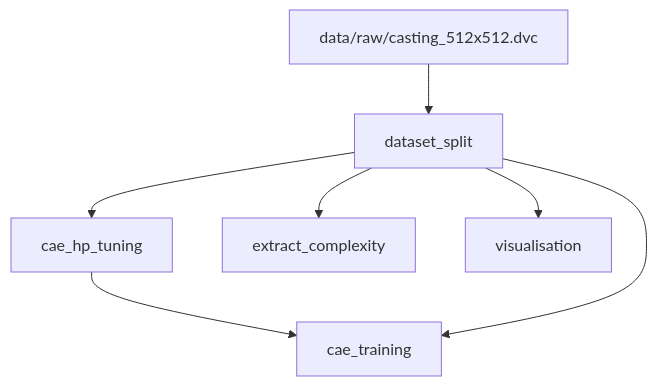
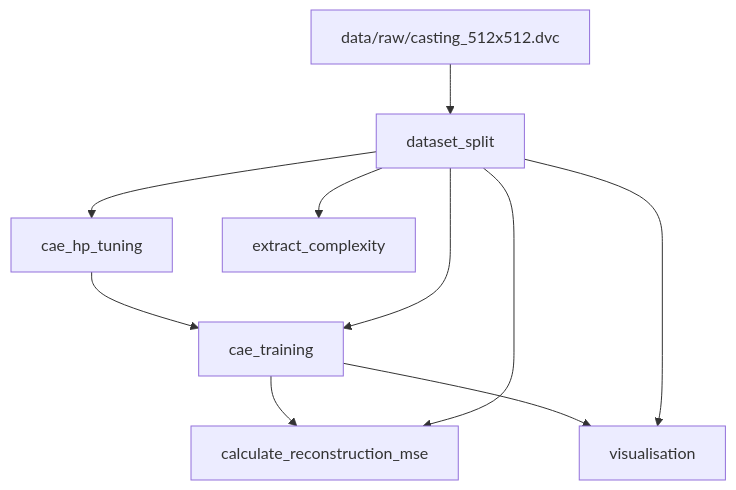
One commit to alexsandercaac/img-complexity-cae changed the diagram in visualisation/dag.md. Above: the diagram before and after it, drawn with Mermaid. The commit also changed 4 other files, not shown here.

Commit message:
Restricted visualisation to training data

````diff
--- a/visualisation/dag.md
+++ b/visualisation/dag.md
@@ -1,15 +1,19 @@
 ```mermaid
 flowchart TD
 	node1["cae_hp_tuning"]
 	node2["cae_training"]
-	node3["data/raw/casting_512x512.dvc"]
-	node4["dataset_split"]
-	node5["extract_complexity"]
-	node6["visualisation"]
+	node3["calculate_reconstruction_mse"]
+	node4["data/raw/casting_512x512.dvc"]
+	node5["dataset_split"]
+	node6["extract_complexity"]
+	node7["visualisation"]
 	node1-->node2
-	node3-->node4
-	node4-->node1
-	node4-->node2
+	node2-->node3
+	node2-->node7
 	node4-->node5
-	node4-->node6
+	node5-->node1
+	node5-->node2
+	node5-->node3
+	node5-->node6
+	node5-->node7
 ```
````
